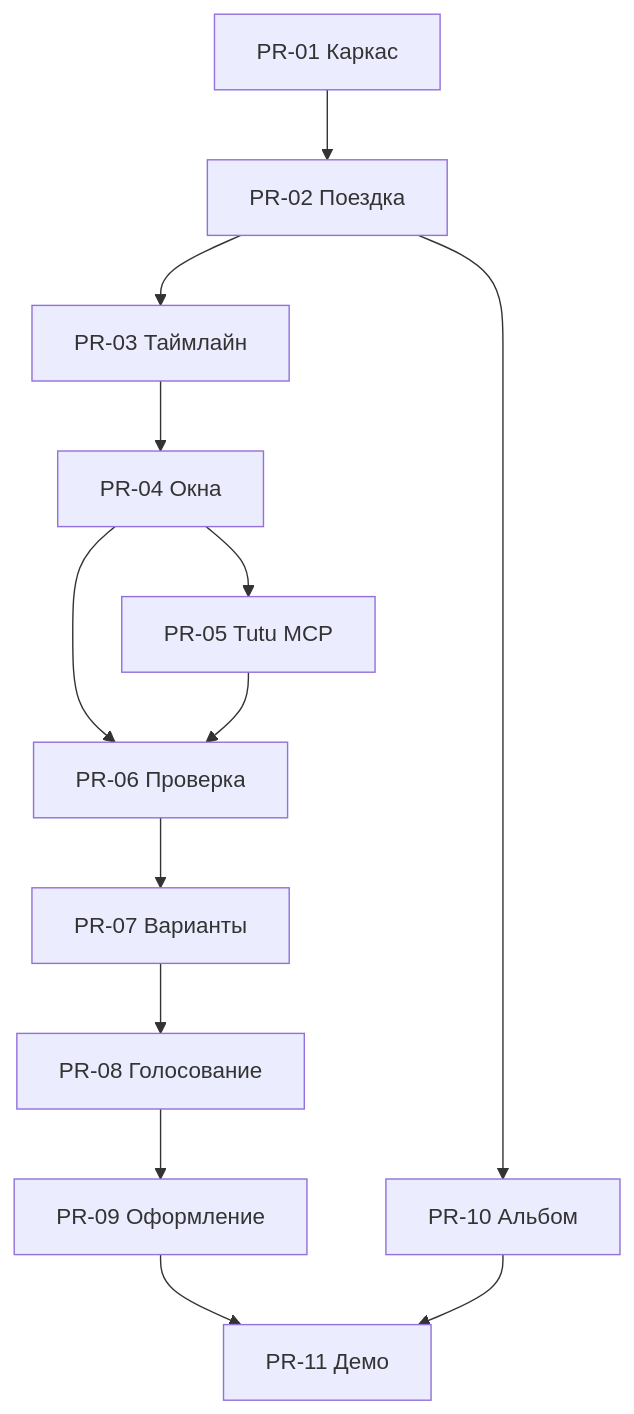
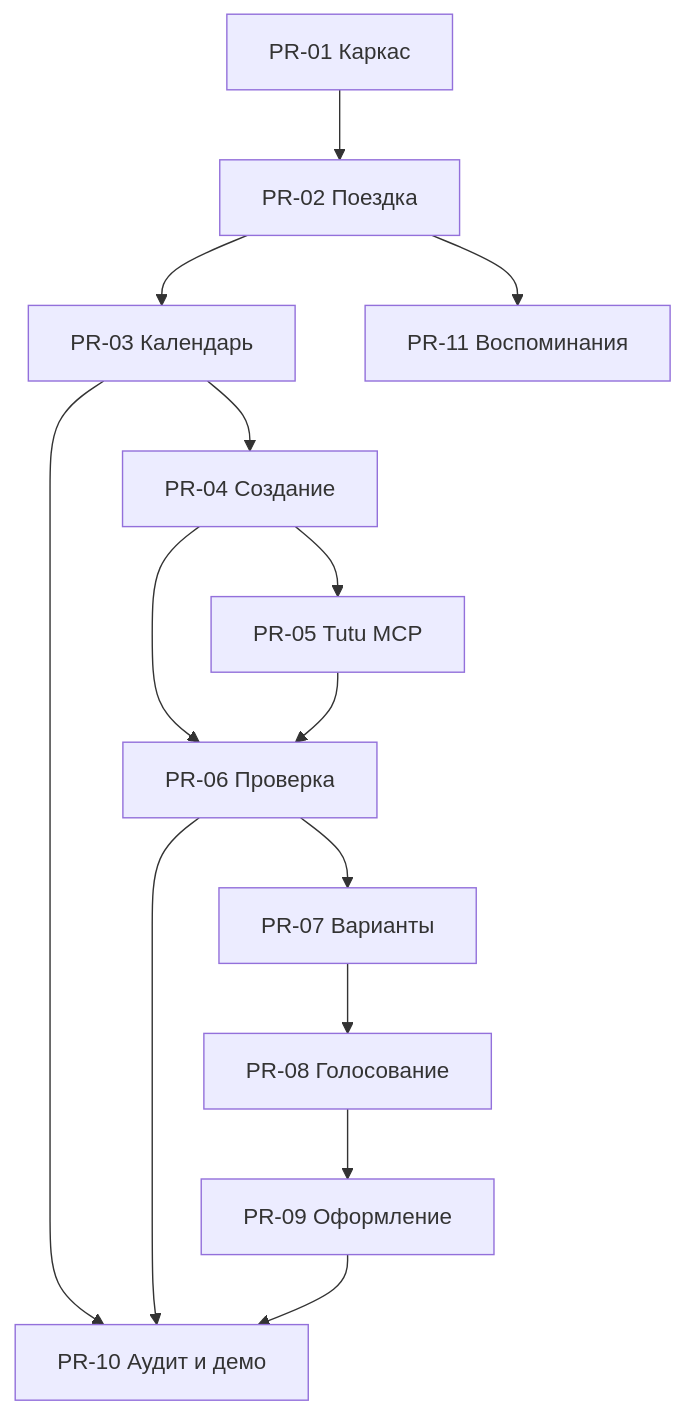
The diagram in agents/Tutu MCP Plan.md (vougeress/tyty_hakaton), drawn with Mermaid before and after one commit. The commit also changed other lines of this file and 4 other files, not shown here.

````diff
--- a/agents/Tutu MCP Plan.md
+++ b/agents/Tutu MCP Plan.md
@@ -564,15 +590,16 @@
 ```mermaid
 flowchart TD
     A["PR-01 Каркас"] --> B["PR-02 Поездка"]
-    B --> C["PR-03 Таймлайн"]
-    C --> D["PR-04 Окна"]
+    B --> C["PR-03 Календарь"]
+    C --> D["PR-04 Создание"]
     D --> E["PR-05 Tutu MCP"]
     D --> F["PR-06 Проверка"]
     E --> F
     F --> G["PR-07 Варианты"]
     G --> H["PR-08 Голосование"]
     H --> I["PR-09 Оформление"]
-    B --> J["PR-10 Альбом"]
-    I --> K["PR-11 Демо"]
-    J --> K
+    C --> J["PR-10 Аудит и демо"]
+    F --> J
+    I --> J
+    B --> K["PR-11 Воспоминания"]
 ```
````
